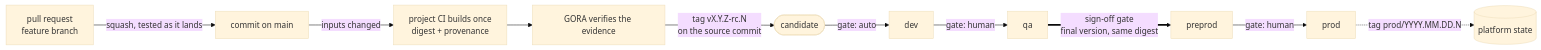
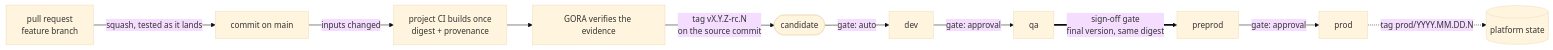
One commit to gora-tools/gora changed the first of 8 diagrams in docs/architecture/release-model.md. Above: the diagram before and after it, drawn with Mermaid (base theme). The commit also changed other lines of this file and 11 other files, not shown here.

````diff
--- a/docs/architecture/release-model.md
+++ b/docs/architecture/release-model.md
@@ -41,12 +44,12 @@
 ```mermaid
 flowchart LR
   PR["pull request<br/>feature branch"] -->|"squash, tested as it lands"| M["commit on main"]
   M -->|"inputs changed"| B["project CI builds once<br/>digest + provenance"]
   B --> V["GORA verifies the evidence"]
   V -->|"tag vX.Y.Z-rc.N<br/>on the source commit"| C(["candidate"])
   C -->|"gate: auto"| DEV["dev"]
-  DEV -->|"gate: human"| QA["qa"]
+  DEV -->|"gate: approval"| QA["qa"]
   QA ==>|"sign-off gate<br/>final version, same digest"| PRE["preprod"]
-  PRE -->|"gate: human"| PROD["prod"]
+  PRE -->|"gate: approval"| PROD["prod"]
   PROD -.->|"tag prod/YYYY.MM.DD.N"| S[("platform state")]
 ```
````
